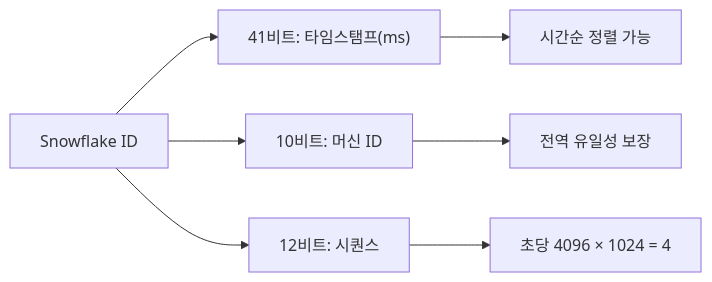
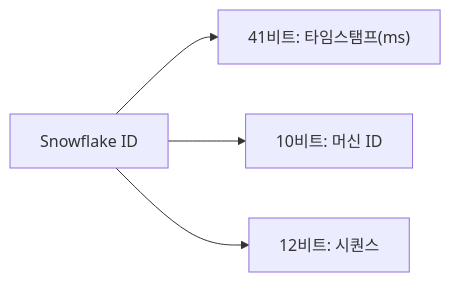
The fourth of 7 diagrams in _posts/systemdesign/2026-05-02-system-design-chat.md (yjkim2015/yjkim2015.github.io), drawn with Mermaid before and after one commit. The commit also changed other lines of this file and 132 other files, not shown here.

First line of the commit message:
Mermaid 다이어그램 가독성 정리: 단순 제거, 노드 축소, TD→LR 변환

````diff
--- a/_posts/systemdesign/2026-05-02-system-design-chat.md
+++ b/_posts/systemdesign/2026-05-02-system-design-chat.md
@@ -412,10 +408,7 @@
 ```mermaid
 graph LR
     Snow["Snowflake ID"]
     Snow --> T["41비트: 타임스탬프(ms)"]
     Snow --> M["10비트: 머신 ID"]
     Snow --> S["12비트: 시퀀스"]
-    T --> Benefit1["시간순 정렬 가능"]
-    M --> Benefit2["전역 유일성 보장"]
-    S --> Benefit3["초당 4096 × 1024 = 4"]
 ```
````
